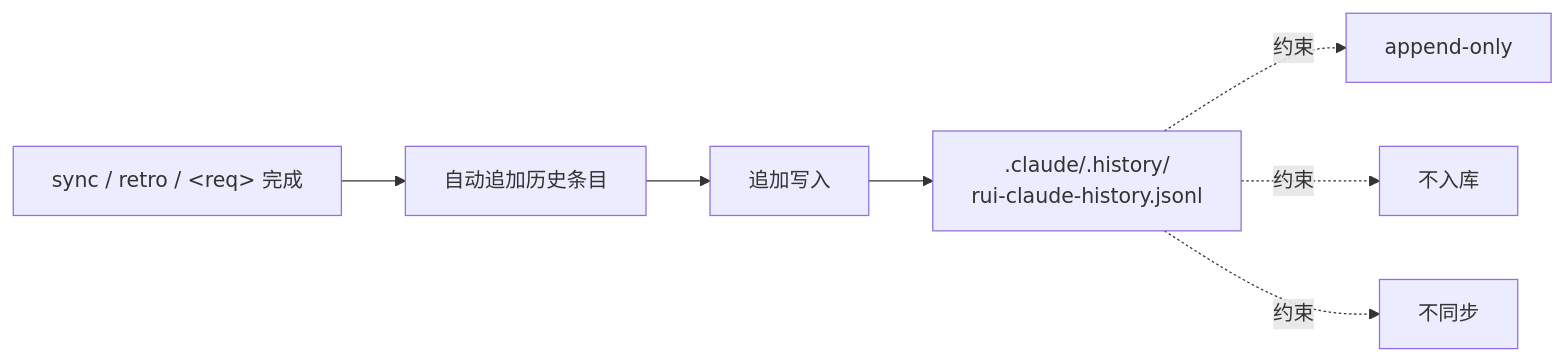
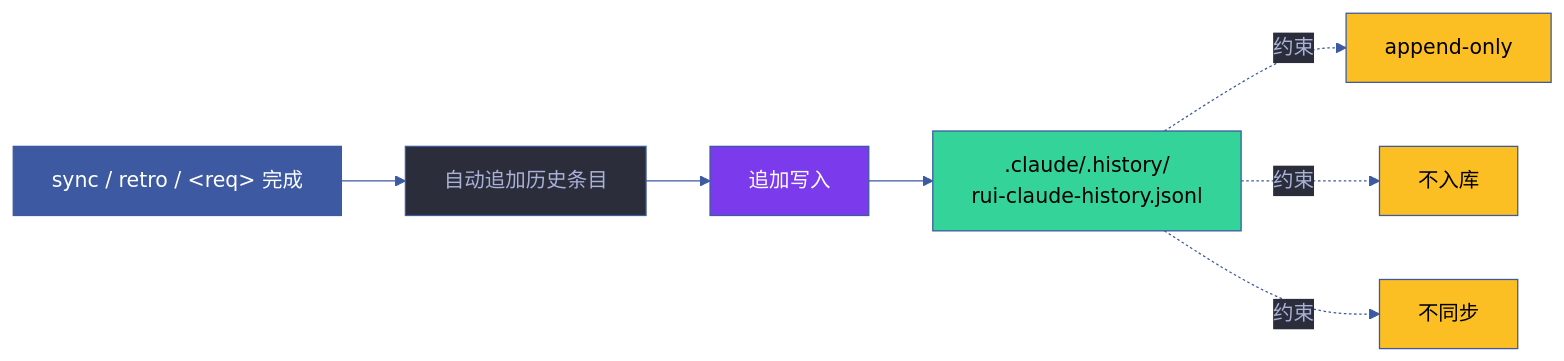
One commit to effiy/YrY changed the sixth of 8 diagrams in skills/rui-claude/SKILL.md. Above: the diagram before and after it, drawn with Mermaid. The commit also changed other lines of this file and 1028 other files, not shown here.

````diff
--- a/skills/rui-claude/SKILL.md
+++ b/skills/rui-claude/SKILL.md
@@ -147,12 +199,24 @@
 ```mermaid
+%%{init: {'theme': 'base', 'themeVariables': {
+  'primaryColor': '#1e1f2b',
+  'primaryTextColor': '#a9b1d6',
+  'primaryBorderColor': '#3d59a1',
+  'lineColor': '#3d59a1',
+  'secondaryColor': '#2b2d3b',
+  'tertiaryColor': '#21232f'
+}}}%%
 flowchart LR
     CMD["sync / retro / &lt;req&gt; 完成"]:::src --> AUTO["自动追加历史条目"]:::op
     AUTO --> APPEND["追加写入"]:::store
     APPEND --> FILE[".claude/.history/<br/>rui-claude-history.jsonl"]:::file
 
     FILE -.->|"约束"| C1["append-only"]:::rule
     FILE -.->|"约束"| C2["不入库"]:::rule
     FILE -.->|"约束"| C3["不同步"]:::rule
 
-
+    classDef src fill:#3d59a1,color:#fff
+    classDef op fill:#2b2d3b,stroke:#3d59a1,color:#a9b1d6
+    classDef store fill:#7c3aed,color:#fff
+    classDef file fill:#34d399,color:#000
+    classDef rule fill:#fbbf24,color:#000
 ```
````
